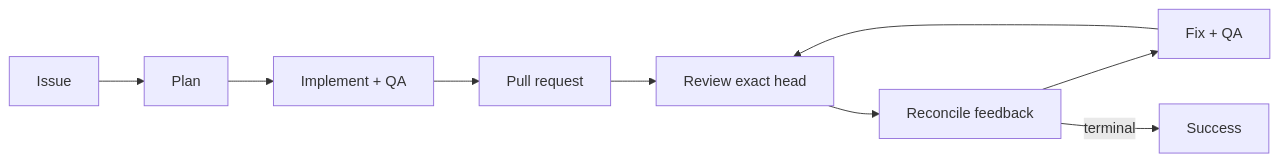
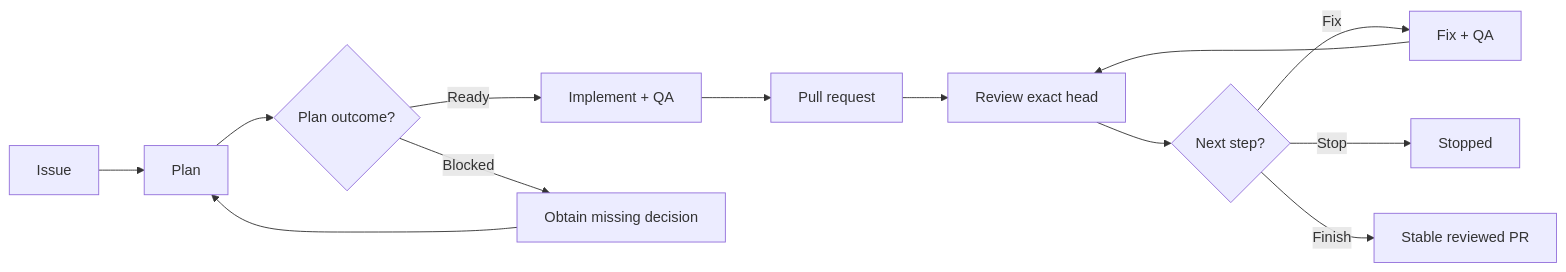
The diagram in README.md (dceoy/pr-loop), drawn with Mermaid before and after one commit.

Commit message:
docs: clarify planning and review flow

````diff
--- a/README.md
+++ b/README.md
@@ -11,7 +11,13 @@
 ```mermaid
 flowchart LR
-  I[Issue] --> P[Plan] --> M[Implement + QA] --> PR[Pull request]
-  PR --> R[Review exact head] --> F[Reconcile feedback] --> X[Fix + QA]
+  I[Issue] --> P[Plan] --> Q{Plan outcome?}
+  Q -->|Ready| M[Implement + QA]
+  Q -->|Blocked| D[Obtain missing decision]
+  D --> P
+  M --> PR[Pull request]
+  PR --> R[Review exact head] --> F{Next step?}
+  F -->|Fix| X[Fix + QA]
   X --> R
-  F -->|terminal| S[Success]
+  F -->|Stop| T[Stopped]
+  F -->|Finish| S[Stable reviewed PR]
 ```
````
